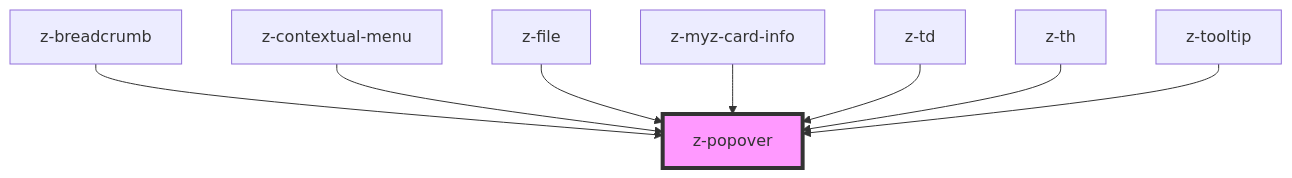
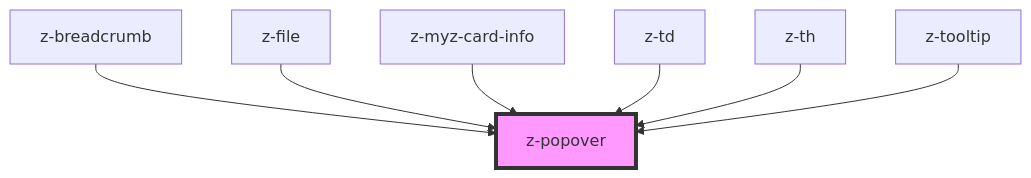
The diagram in src/components/z-popover/readme.md (ZanichelliEditore/design-system), drawn with Mermaid before and after one commit. The commit also changed other lines of this file and 12 other files, not shown here.

````diff
--- a/src/components/z-popover/readme.md
+++ b/src/components/z-popover/readme.md
@@ -66,11 +65,10 @@
 ```mermaid
 graph TD;
   z-breadcrumb --> z-popover
-  z-contextual-menu --> z-popover
   z-file --> z-popover
   z-myz-card-info --> z-popover
   z-td --> z-popover
   z-th --> z-popover
   z-tooltip --> z-popover
   style z-popover fill:#f9f,stroke:#333,stroke-width:4px
 ```
````
